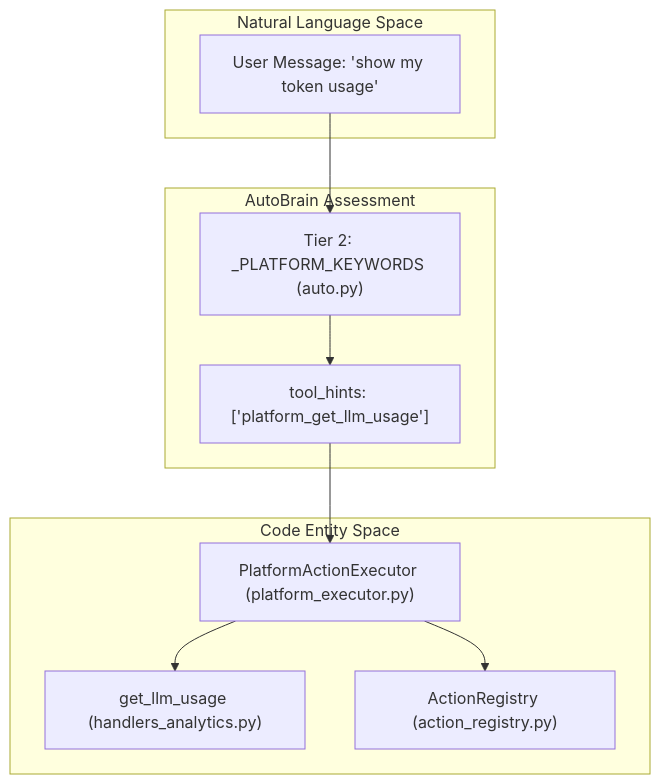
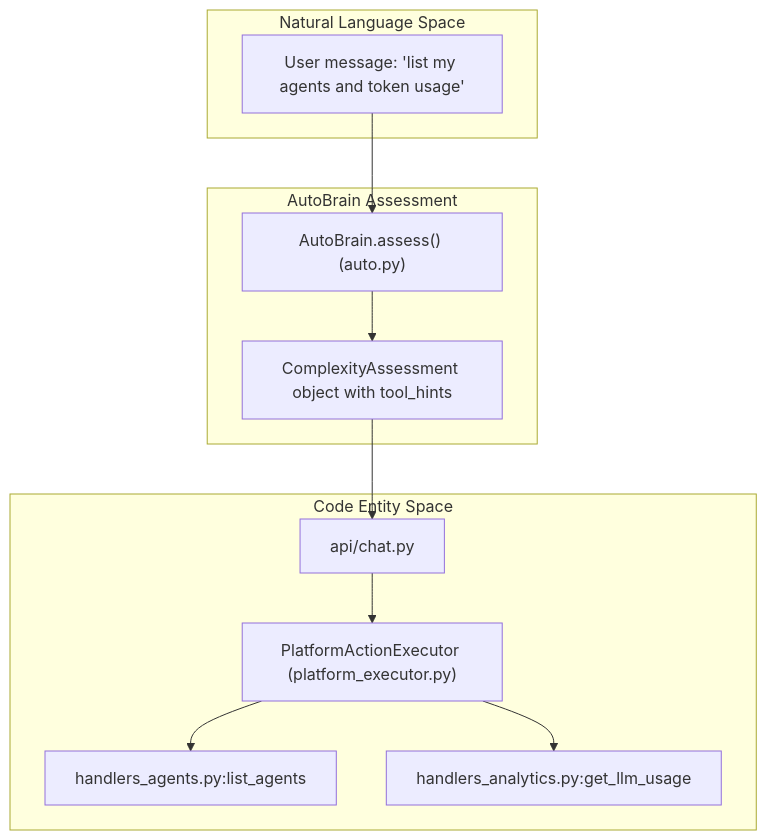
One commit to AutomatosAI/automatos-ai changed the second of 3 diagrams in docs/chat-interface/complexity-assessment-autobrain.md. Above: the diagram before and after it, drawn with Mermaid. The commit also changed other lines of this file and 191 other files, not shown here.

````diff
--- a/docs/chat-interface/complexity-assessment-autobrain.md
+++ b/docs/chat-interface/complexity-assessment-autobrain.md
@@ -127,23 +118,25 @@
 ```mermaid
 graph TD
     subgraph "Natural Language Space"
-        UserMsg["User Message: 'show my token usage'"]
+        UserMessage["User message: 'list my agents and token usage'"]
     end
 
     subgraph "AutoBrain Assessment"
-        Regex["Tier 2: _PLATFORM_KEYWORDS (auto.py)"]
-        Hints["tool_hints: ['platform_get_llm_usage']"]
+        AutoBrainModule["AutoBrain.assess() (auto.py)"]
+        AssessmentObj["ComplexityAssessment object with tool_hints"]
     end
 
     subgraph "Code Entity Space"
-        Executor["PlatformActionExecutor (platform_executor.py)"]
-        Handler["get_llm_usage (handlers_analytics.py)"]
-        Registry["ActionRegistry (action_registry.py)"]
+        ChatApi["api/chat.py"]
+        PlatformExec["PlatformActionExecutor (platform_executor.py)"]
+        HandlersAgents["handlers_agents.py:list_agents"]
+        HandlersAnalytics["handlers_analytics.py:get_llm_usage"]
     end
 
-    UserMsg --> Regex
-    Regex --> Hints
-    Hints --> Executor
-    Executor --> Handler
-    Executor --> Registry
+    UserMessage --> AutoBrainModule
+    AutoBrainModule --> AssessmentObj
+    AssessmentObj --> ChatApi
+    ChatApi --> PlatformExec
+    PlatformExec --> HandlersAgents
+    PlatformExec --> HandlersAnalytics
 ```
````
